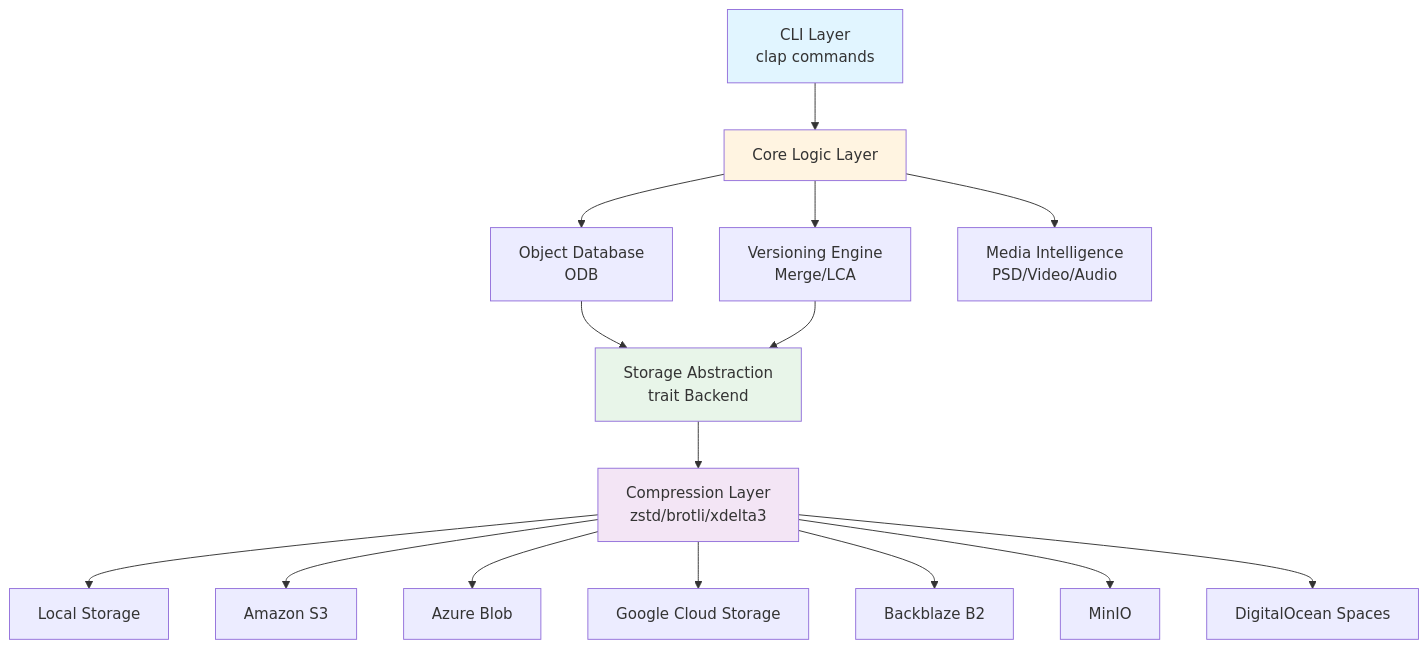
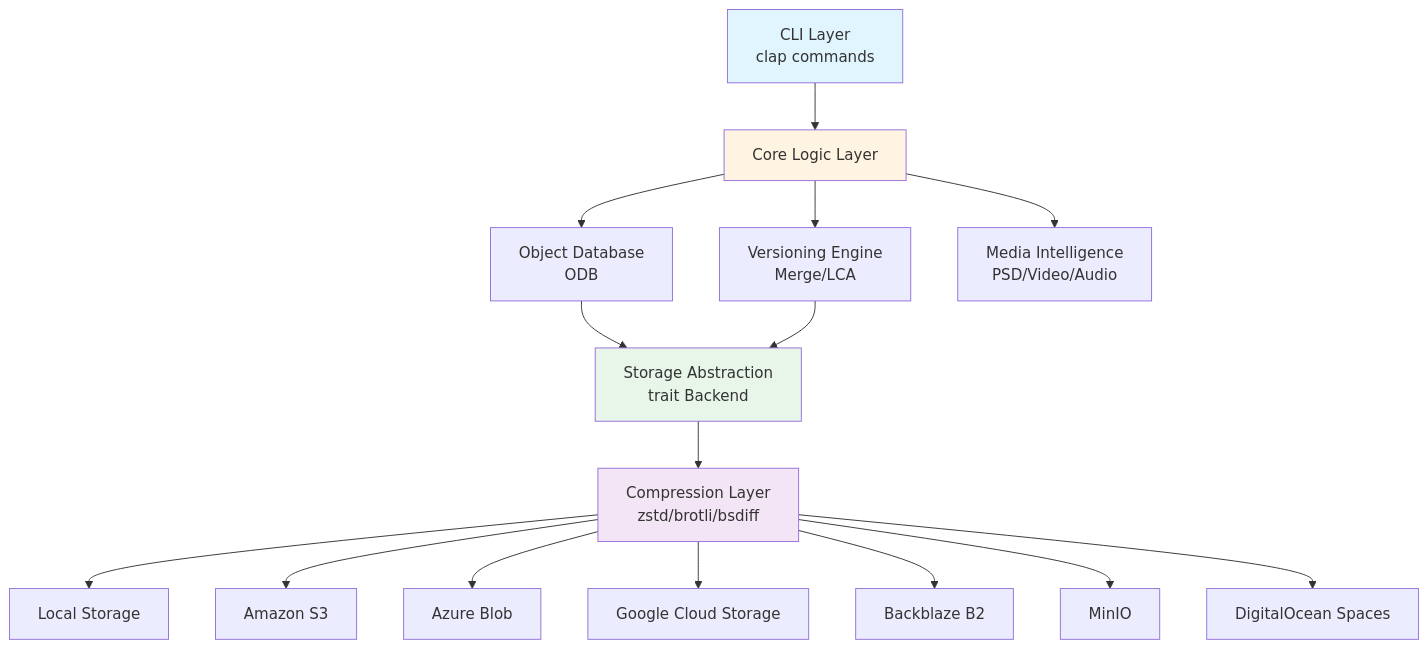
Before and after one commit to winnyboy5/mediagit-core: the first of 2 diagrams in book/src/architecture/README.md, drawn with Mermaid. The commit also changed other lines of this file and 36 other files, not shown here.

````diff
--- a/book/src/architecture/README.md
+++ b/book/src/architecture/README.md
@@ -7,25 +7,25 @@
 ```mermaid
 graph TB
     CLI[CLI Layer<br/>clap commands] --> Core[Core Logic Layer]
     Core --> ODB[Object Database<br/>ODB]
     Core --> Versioning[Versioning Engine<br/>Merge/LCA]
     Core --> Media[Media Intelligence<br/>PSD/Video/Audio]
 
     ODB --> Storage[Storage Abstraction<br/>trait Backend]
     Versioning --> Storage
 
-    Storage --> Compression[Compression Layer<br/>zstd/brotli/xdelta3]
+    Storage --> Compression[Compression Layer<br/>zstd/brotli/bsdiff]
 
     Compression --> Local[Local Storage]
     Compression --> S3[Amazon S3]
     Compression --> Azure[Azure Blob]
     Compression --> GCS[Google Cloud Storage]
     Compression --> B2[Backblaze B2]
     Compression --> MinIO[MinIO]
     Compression --> Spaces[DigitalOcean Spaces]
 
     style CLI fill:#e1f5ff
     style Core fill:#fff4e1
     style Storage fill:#e8f5e9
     style Compression fill:#f3e5f5
 ```
````
